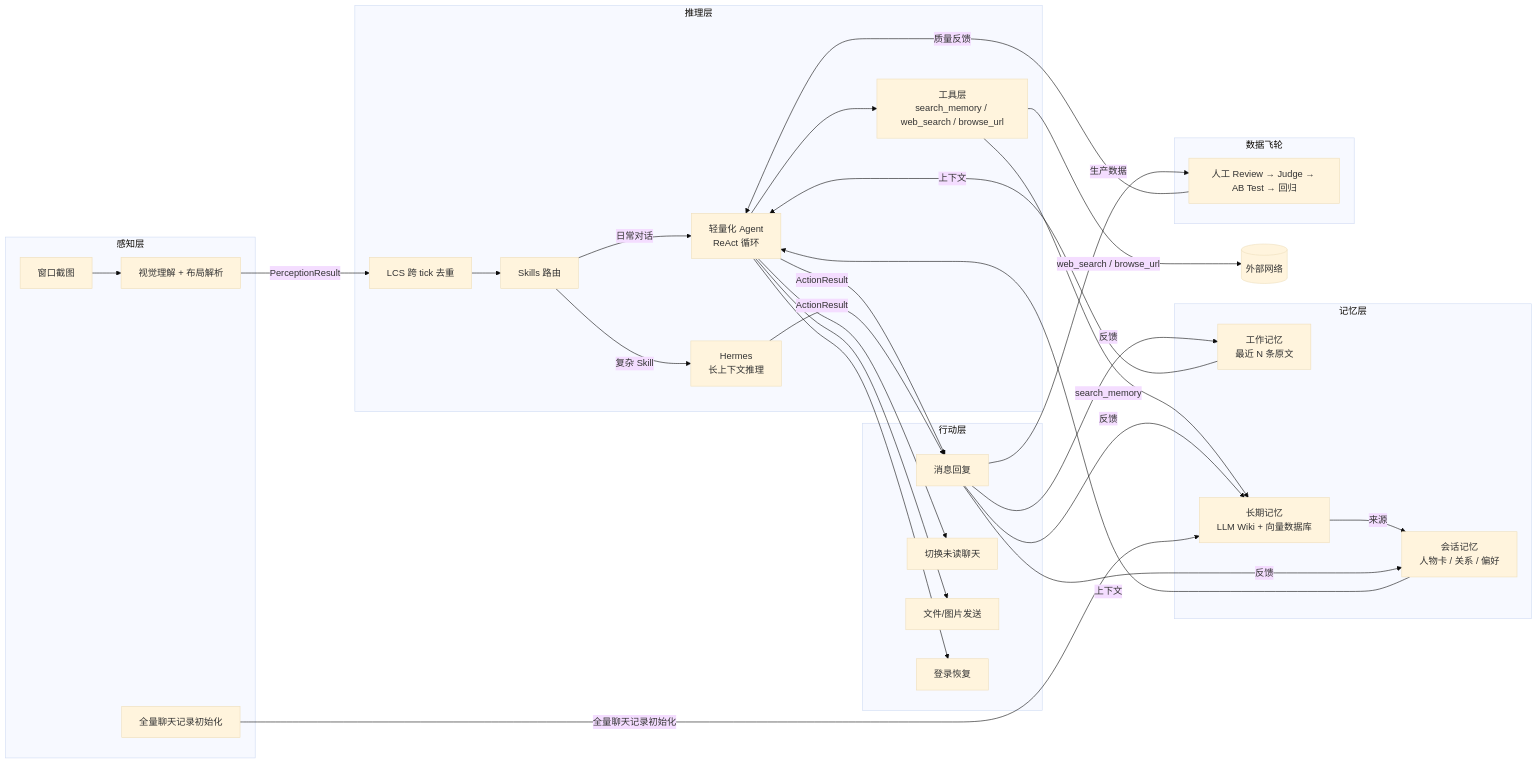
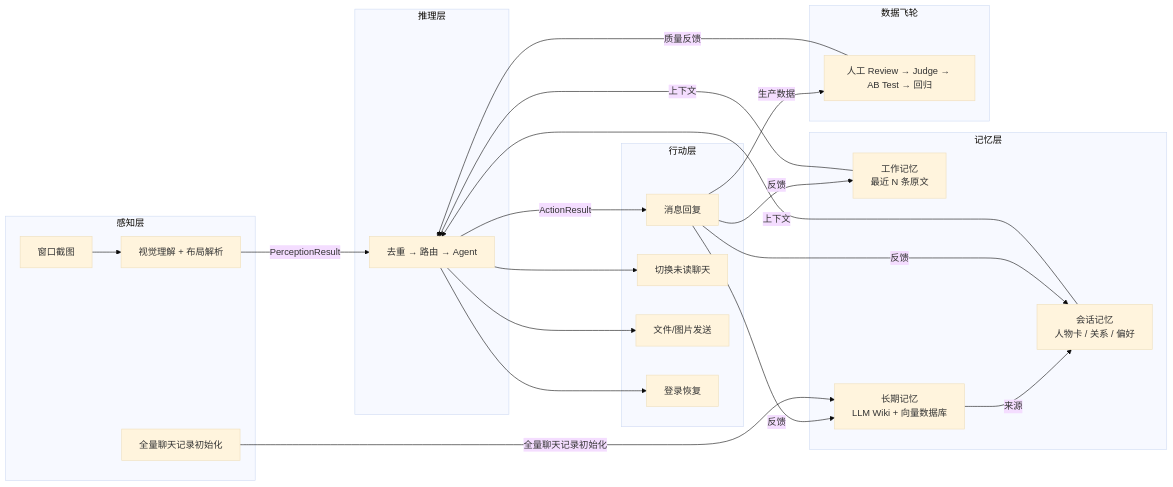
Before and after one commit to 899ms/wechat-mac-rpa: the first of 6 diagrams in README.md, drawn with Mermaid (base theme).

Commit message:
docs: simplify reasoning layer in architecture diagram (#34)
将系统架构总览图中的推理层恢复为简洁形式：\n- 推理层：R[去重 → 路由 → Agent]\n- 保留记忆层细化：工作记忆 / 会话记忆 / 长期记忆\n- 保留行动层细化：消息回复 / 切换未读聊天 / 文件图片发送 / 登录恢复\n- 工具层不再在总览图中单独展开

````diff
--- a/README.md
+++ b/README.md
@@ -45,61 +45,48 @@
 ```mermaid
 graph LR
     subgraph Perception["感知层"]
         C[窗口截图]
         P[视觉理解 + 布局解析]
         W[全量聊天记录初始化]
     end
 
     subgraph Reasoning["推理层"]
-        Dedup[LCS 跨 tick 去重]
-        Router[Skills 路由]
-        Agent[轻量化 Agent<br/>ReAct 循环]
-        Hermes[Hermes<br/>长上下文推理]
-        Tools[工具层<br/>search_memory / web_search / browse_url]
+        R[去重 → 路由 → Agent]
     end
 
     subgraph Action["行动层"]
         Reply[消息回复]
         Switch[切换未读聊天]
         File[文件/图片发送]
         Recovery[登录恢复]
     end
 
     subgraph Memory["记忆层"]
         WM[工作记忆<br/>最近 N 条原文]
         SM[会话记忆<br/>人物卡 / 关系 / 偏好]
         LM[长期记忆<br/>LLM Wiki + 向量数据库]
     end
 
     subgraph Flywheel["数据飞轮"]
         D[人工 Review → Judge → AB Test → 回归]
     end
 
     C --> P
-    P -->|PerceptionResult| Dedup
-    Dedup --> Router
-    Router -->|日常对话| Agent
-    Router -->|复杂 Skill| Hermes
+    P -->|PerceptionResult| R
+    R -->|ActionResult| Reply
+    R --> Switch
+    R --> File
+    R --> Recovery
 
-    Agent --> Tools
-    Tools -->|search_memory| LM
-    Tools -->|web_search / browse_url| Web[(外部网络)]
-
-    WM -->|上下文| Agent
-    SM -->|上下文| Agent
+    WM -->|上下文| R
+    SM -->|上下文| R
     LM -->|来源| SM
-
-    Agent -->|ActionResult| Reply
-    Hermes -->|ActionResult| Reply
-    Agent --> Switch
-    Agent --> Recovery
-    Agent --> File
 
     Reply -->|反馈| WM
     Reply -->|反馈| SM
     Reply -->|反馈| LM
     W -->|全量聊天记录初始化| LM
 
     Reply -->|生产数据| D
-    D -->|质量反馈| Agent
+    D -->|质量反馈| R
 ```
````
